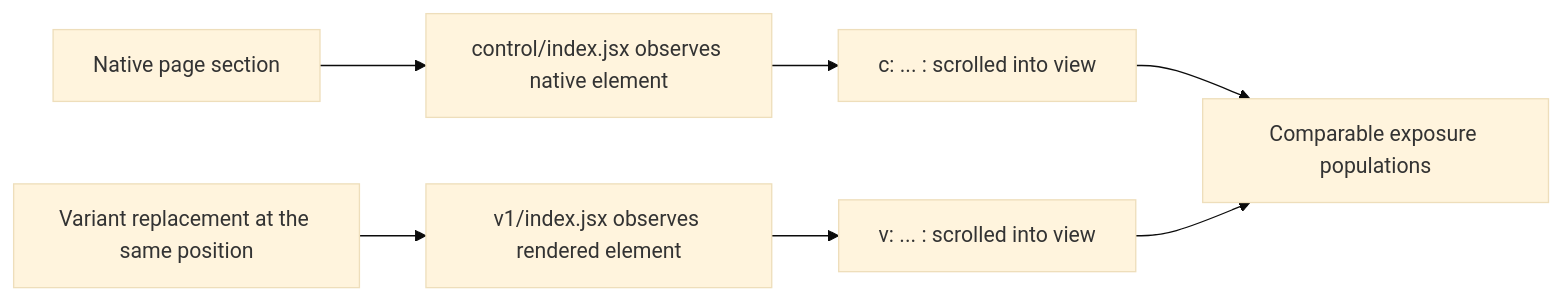
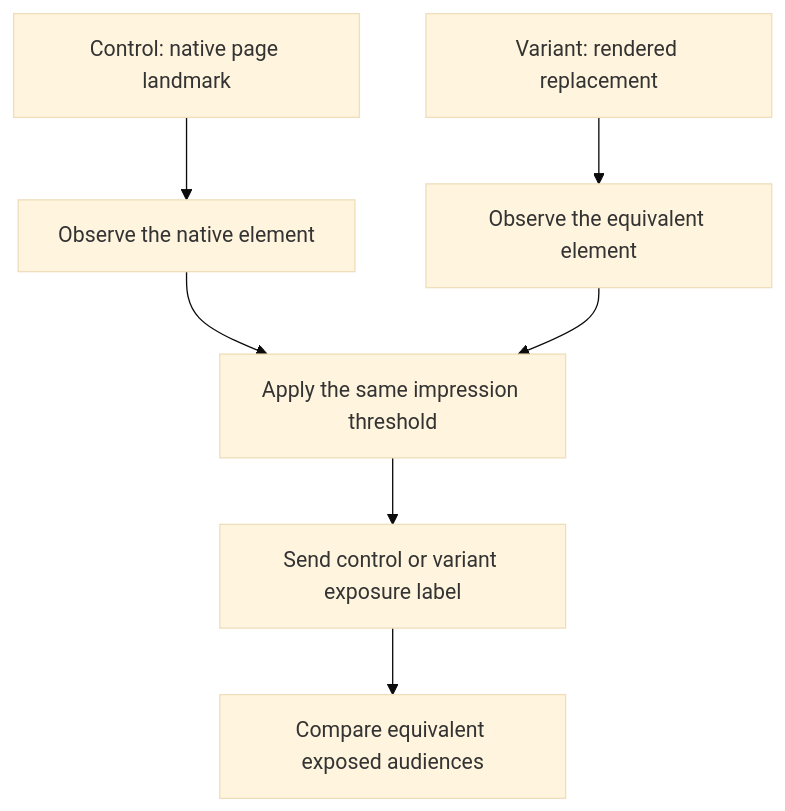
The diagram in docs/development/variations.md (Aldisogody/Experiment-Docs), drawn with Mermaid (base theme) before and after one commit. The commit also changed 2 other files, not shown here.

Commit message:
docs: redesign 2.2 release diagrams

````diff
--- a/docs/development/variations.md
+++ b/docs/development/variations.md
@@ -23,9 +23,11 @@
 ```mermaid
-flowchart LR
-    A["Native page section"] --> B["control/index.jsx observes native element"]
-    C["Variant replacement at the same position"] --> D["v1/index.jsx observes rendered element"]
-    B --> E["c: ... : scrolled into view"]
-    D --> F["v: ... : scrolled into view"]
-    E --> G["Comparable exposure populations"]
-    F --> G
+flowchart TD
+    accTitle: Comparable control and variant exposure tracking
+    accDescr: The control observes the native landmark and the variant observes its rendered replacement. Both use the same impression threshold before sending their control or variant exposure label for comparison.
+    A["Control: native page landmark"] --> B["Observe the native element"]
+    C["Variant: rendered replacement"] --> D["Observe the equivalent element"]
+    B --> E["Apply the same impression threshold"]
+    D --> E
+    E --> F["Send control or variant exposure label"]
+    F --> G["Compare equivalent exposed audiences"]
 ```
````
